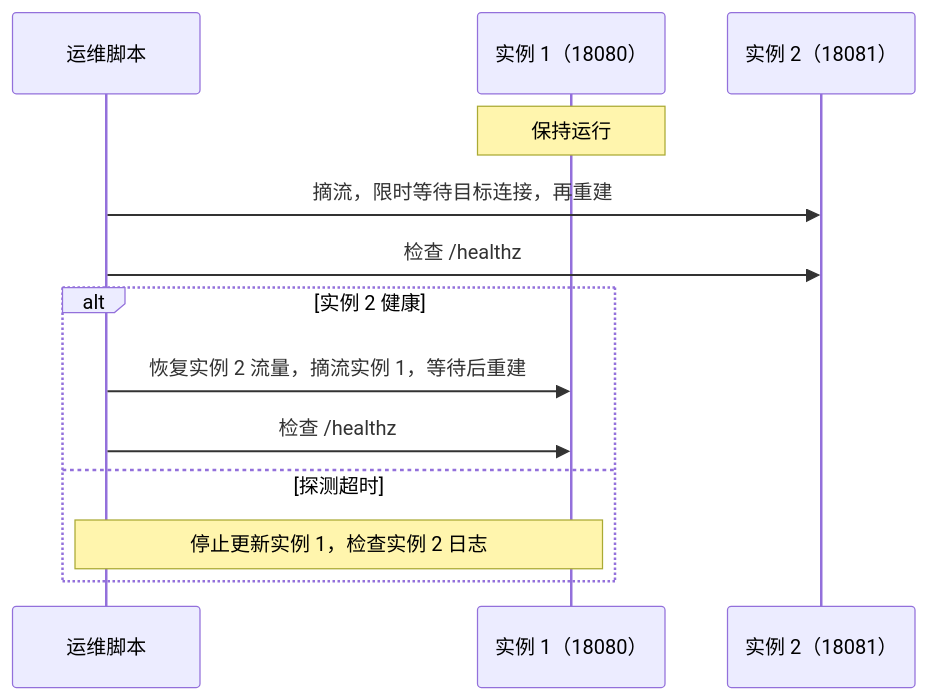
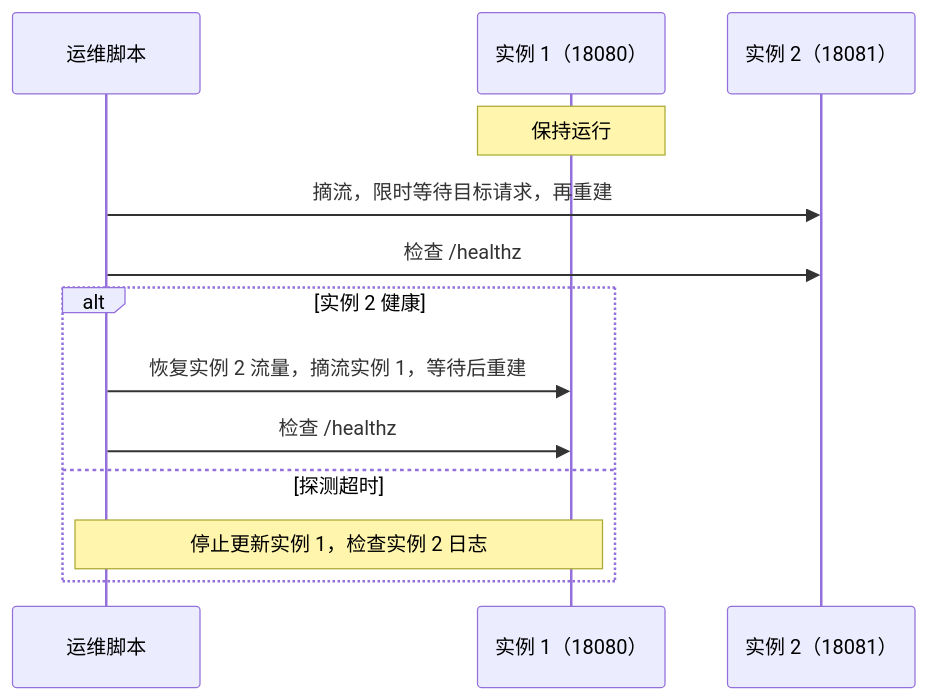
Before and after one commit to wuwei0727/codex-proxy-rs: the fourth of 4 diagrams in docs/二次开发与运维手册.md, drawn with Mermaid. The commit also changed other lines of this file and 12 other files, not shown here.

````diff
--- a/docs/二次开发与运维手册.md
+++ b/docs/二次开发与运维手册.md
@@ -242,15 +242,15 @@
 ```mermaid
 sequenceDiagram
     participant Ops as 运维脚本
     participant Inst1 as 实例 1（18080）
     participant Inst2 as 实例 2（18081）
     Note over Inst1: 保持运行
-    Ops->>Inst2: 摘流，限时等待目标连接，再重建
+    Ops->>Inst2: 摘流，限时等待目标请求，再重建
     Ops->>Inst2: 检查 /healthz
     alt 实例 2 健康
         Ops->>Inst1: 恢复实例 2 流量，摘流实例 1，等待后重建
         Ops->>Inst1: 检查 /healthz
     else 探测超时
         Note over Ops,Inst1: 停止更新实例 1，检查实例 2 日志
     end
 ```
````
